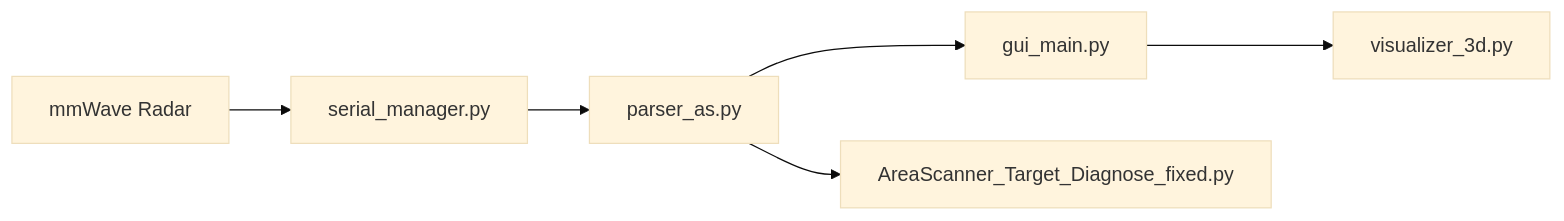
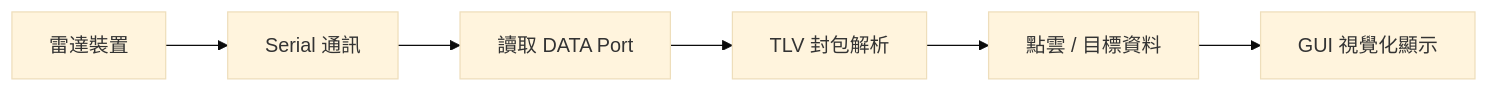
One commit to 411418154/area-scanner changed the diagram in README.md. Above: the diagram before and after it, drawn with Mermaid (base theme). The commit also changed other lines of this file, not shown here.

````diff
--- a/README.md
+++ b/README.md
@@ -68,8 +58,8 @@
 ```mermaid
 flowchart LR
-    A[mmWave Radar] --> B[serial_manager.py]
-    B --> C[parser_as.py]
-    C --> D[gui_main.py]
-    D --> E[visualizer_3d.py]
-    C --> F[AreaScanner_Target_Diagnose_fixed.py]
+    A[雷達裝置] --> B[Serial 通訊]
+    B --> C[讀取 DATA Port]
+    C --> D[TLV 封包解析]
+    D --> E[點雲 / 目標資料]
+    E --> F[GUI 視覺化顯示]
 ```
````
